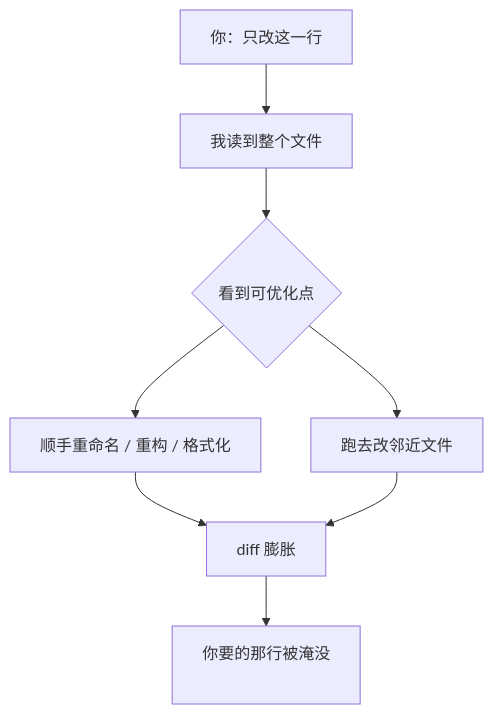
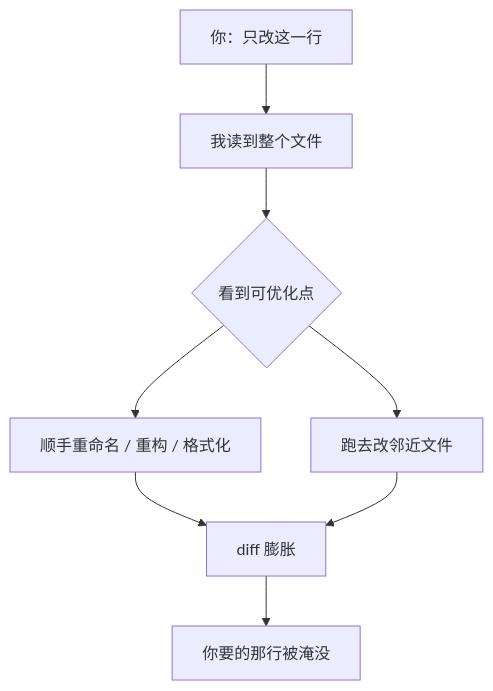
The diagram in docs/05-implementation/over-editing-scope-creep.mdx (XuebinMa/AIWiki), drawn with Mermaid before and after one commit. The commit also changed 99 other files, not shown here.

First line of the commit message:
fix(mermaid): 全局根治节点文字裁切（htmlLabels:false + 清理 br/nbsp 占位）(#26)

````diff
--- a/docs/05-implementation/over-editing-scope-creep.mdx
+++ b/docs/05-implementation/over-editing-scope-creep.mdx
@@ -38,10 +38,10 @@
 ```mermaid
 flowchart TD
     A[你：只改这一行] --> B[我读到整个文件]
     B --> C{看到可优化点}
     C --> D[顺手重命名 / 重构 / 格式化]
     C --> E[跑去改邻近文件]
     D --> F[diff 膨胀]
     E --> F
-    F --> G[你要的那行被淹没<br/>&nbsp;]
+    F --> G[你要的那行被淹没]
 ```
````
